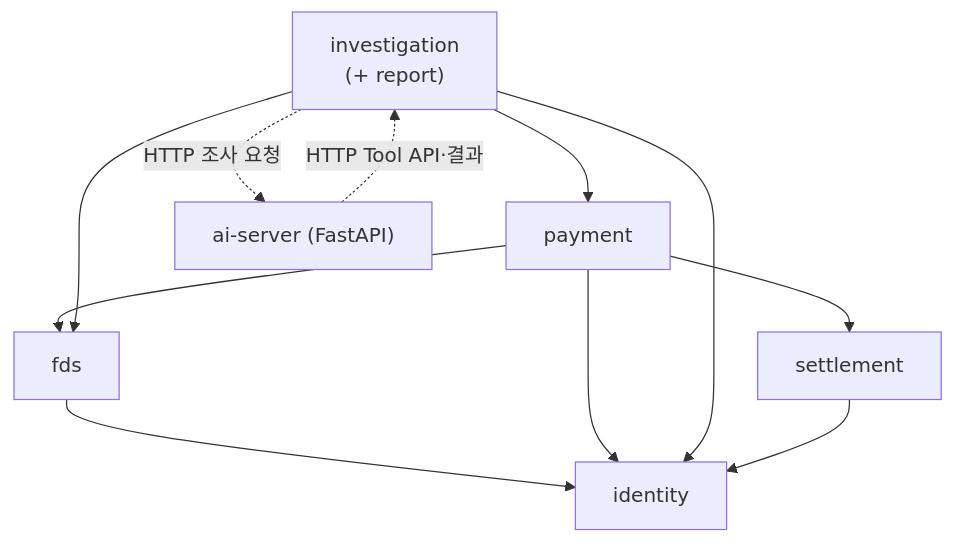
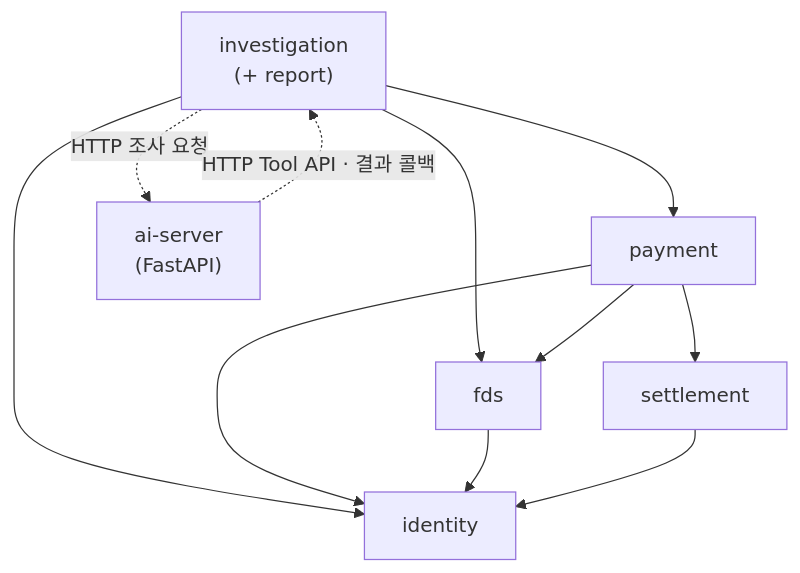
Before and after one commit to team-sweethan/DonWorry: the diagram in README.md, drawn with Mermaid. The commit also changed other lines of this file, not shown here.

````diff
--- a/README.md
+++ b/README.md
@@ -342,20 +115,21 @@
 ```mermaid
 flowchart TB
+    investigation["investigation<br/>(+ report)"]
+    payment["payment"]
+    fds["fds"]
+    settlement["settlement"]
     identity["identity"]
-    fds["fds"]
-    payment["payment"]
-    investigation["investigation<br/>(+ report)"]
-    settlement["settlement"]
-    ai["ai-server (FastAPI)"]
+    ai["ai-server<br/>(FastAPI)"]
 
-    fds --> identity
-    payment --> fds
-    payment --> identity
     investigation --> payment
     investigation --> fds
     investigation --> identity
+    payment --> fds
     payment --> settlement
+    payment --> identity
+    fds --> identity
     settlement --> identity
+
     investigation -. "HTTP 조사 요청" .-> ai
-    ai -. "HTTP Tool API·결과" .-> investigation
+    ai -. "HTTP Tool API · 결과 콜백" .-> investigation
 ```
````
